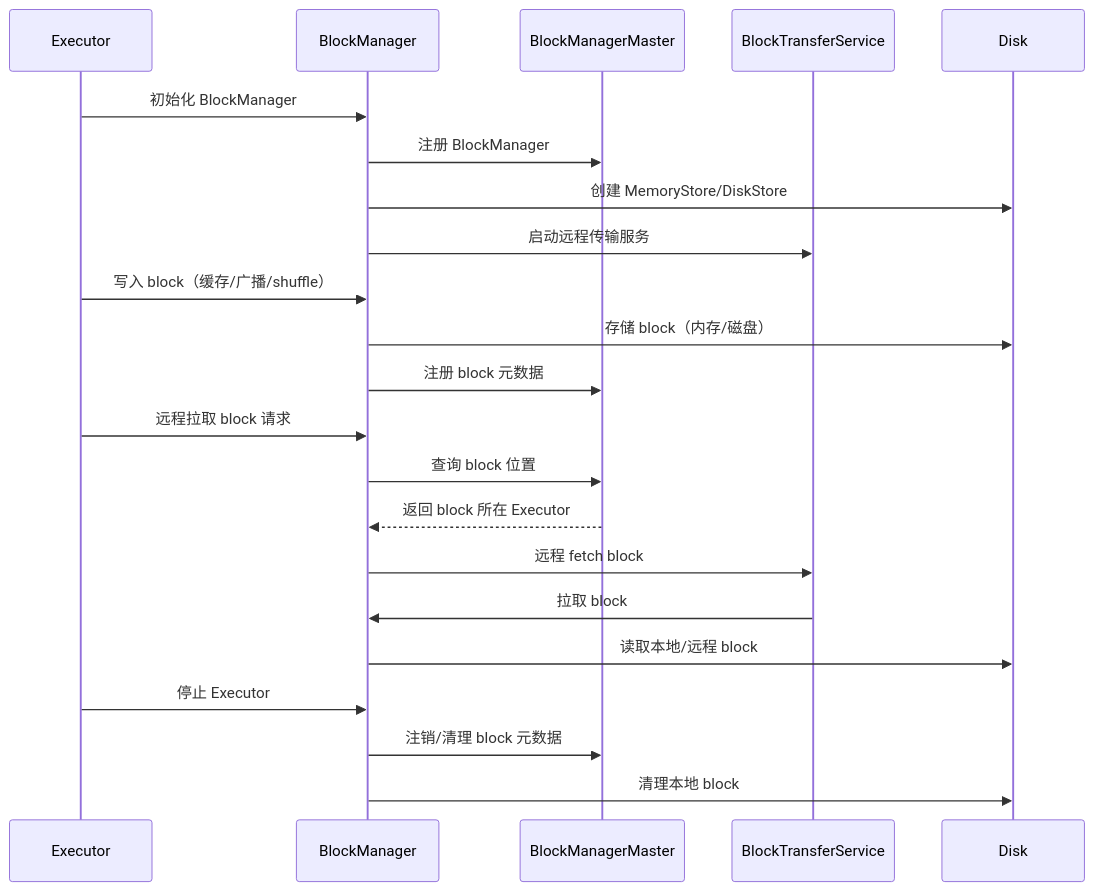
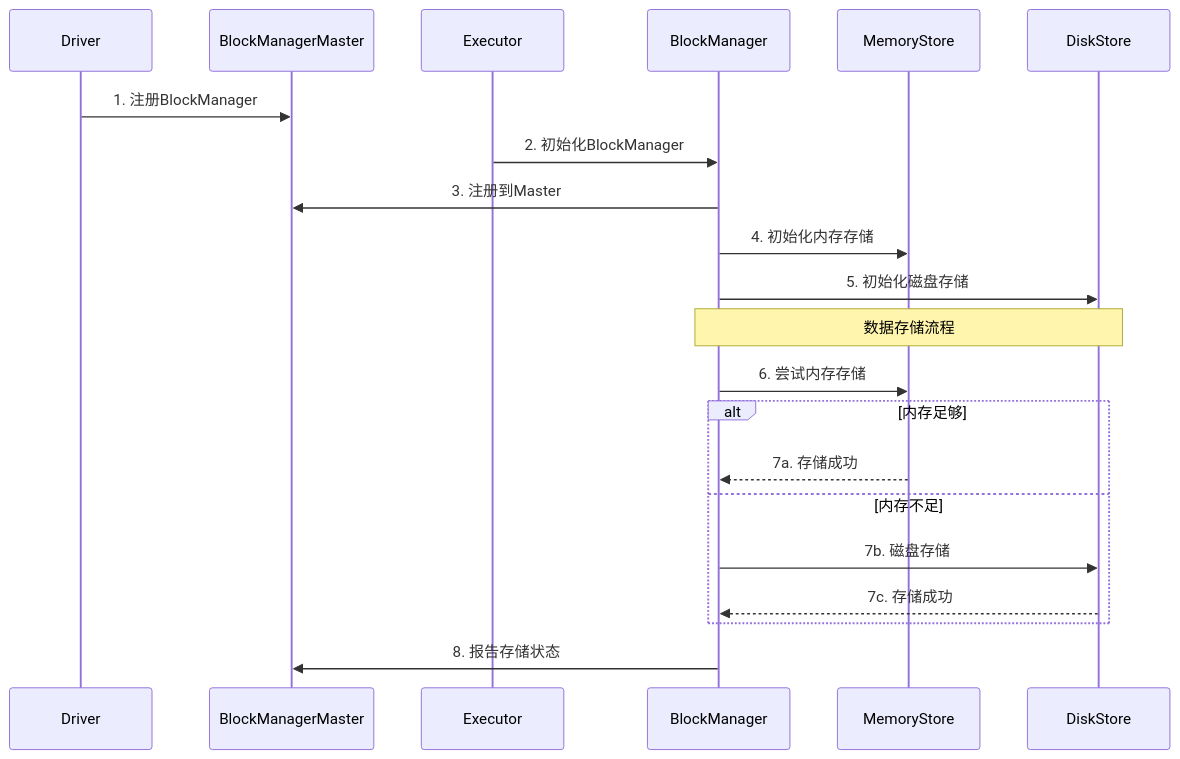
Diagram 11 of 24 in 12.spark.md (ralph-wren/TechStack-Handbook), drawn with Mermaid before and after one commit. The commit also changed other lines of this file and 1 other file, not shown here.

````diff
--- a/12.spark.md
+++ b/12.spark.md
@@ -486,28 +1362,26 @@
 ```mermaid
 sequenceDiagram
-  participant Executor
-  participant BlockManager
-  participant BlockManagerMaster
-  participant BlockTransferService
-  participant Disk
-
-  Executor->>BlockManager: 初始化 BlockManager
-  BlockManager->>BlockManagerMaster: 注册 BlockManager
-  BlockManager->>Disk: 创建 MemoryStore/DiskStore
-  BlockManager->>BlockTransferService: 启动远程传输服务
-
-  Executor->>BlockManager: 写入 block（缓存/广播/shuffle）
-  BlockManager->>Disk: 存储 block（内存/磁盘）
-  BlockManager->>BlockManagerMaster: 注册 block 元数据
-
-  Executor->>BlockManager: 远程拉取 block 请求
-  BlockManager->>BlockManagerMaster: 查询 block 位置
-  BlockManagerMaster-->>BlockManager: 返回 block 所在 Executor
-  BlockManager->>BlockTransferService: 远程 fetch block
-  BlockTransferService->>BlockManager: 拉取 block
-  BlockManager->>Disk: 读取本地/远程 block
-
-  Executor->>BlockManager: 停止 Executor
-  BlockManager->>BlockManagerMaster: 注销/清理 block 元数据
-  BlockManager->>Disk: 清理本地 block
+    participant Driver
+    participant BlockManagerMaster
+    participant Executor
+    participant BlockManager
+    participant MemoryStore
+    participant DiskStore
+    
+    Driver->>BlockManagerMaster: 1. 注册BlockManager
+    Executor->>BlockManager: 2. 初始化BlockManager
+    BlockManager->>BlockManagerMaster: 3. 注册到Master
+    BlockManager->>MemoryStore: 4. 初始化内存存储
+    BlockManager->>DiskStore: 5. 初始化磁盘存储
+    
+    Note over BlockManager,DiskStore: 数据存储流程
+    BlockManager->>MemoryStore: 6. 尝试内存存储
+    alt 内存足够
+        MemoryStore-->>BlockManager: 7a. 存储成功
+    else 内存不足
+        BlockManager->>DiskStore: 7b. 磁盘存储
+        DiskStore-->>BlockManager: 7c. 存储成功
+    end
+    
+    BlockManager->>BlockManagerMaster: 8. 报告存储状态
 ```
````
